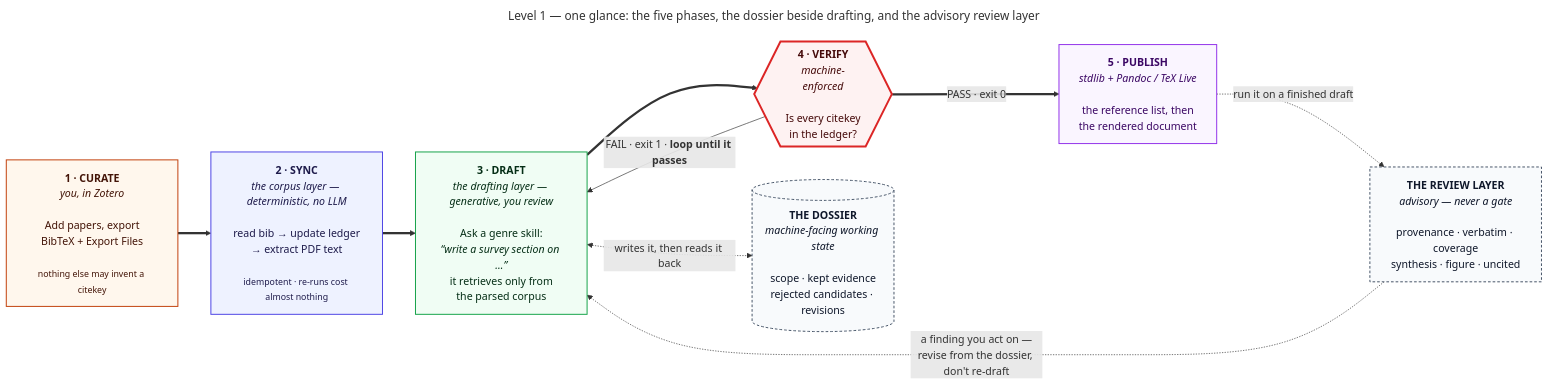
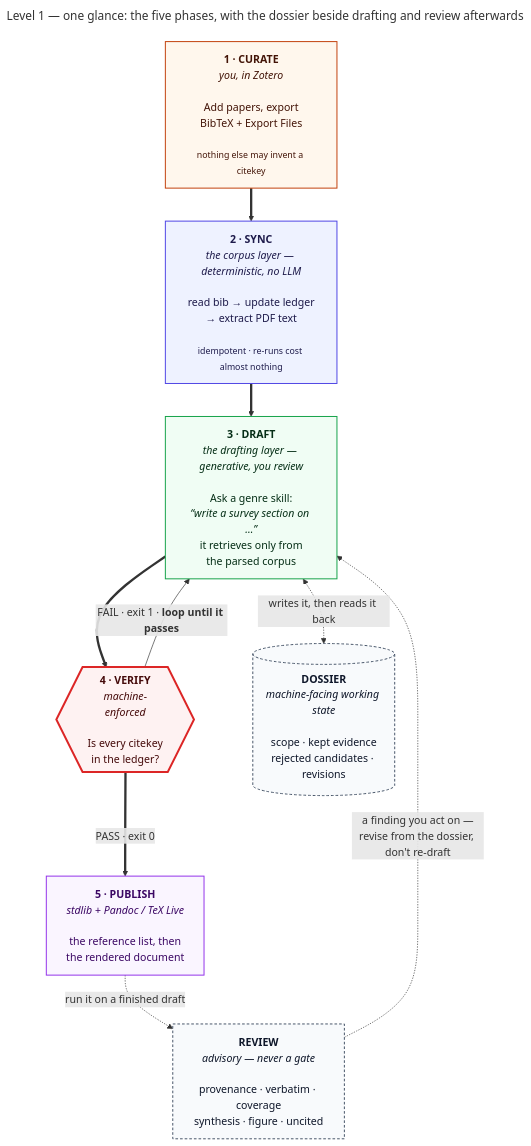
One commit to prasadtalasila/chitragupta changed the diagram in docs/diagrams/v1-overview.mmd. Above: the diagram before and after it, drawn with Mermaid. The commit also changed 4 other files, not shown here.

```diff
--- a/docs/diagrams/v1-overview.mmd
+++ b/docs/diagrams/v1-overview.mmd
@@ -1,41 +1,41 @@
 ---
-title: "Level 1 — one glance: the five phases, the dossier beside drafting, and the advisory review layer"
+title: "Level 1 — one glance: the five phases, with the dossier beside drafting and review afterwards"
 ---
-flowchart LR
+flowchart TB
 
   P0["<b>1 · CURATE</b><br/><i>you, in Zotero</i><br/><br/>Add papers, export<br/>BibTeX + Export Files<br/><br/><small>nothing else may invent a citekey</small>"]
 
   P1["<b>2 · SYNC</b><br/><i>the corpus layer — deterministic, no LLM</i><br/><br/>read bib → update ledger<br/>→ extract PDF text<br/><br/><small>idempotent · re-runs cost almost nothing</small>"]
 
   P2["<b>3 · DRAFT</b><br/><i>the drafting layer — generative, you review</i><br/><br/>Ask a genre skill:<br/><i>“write a survey section on …”</i><br/>it retrieves only from<br/>the parsed corpus"]
 
   P3{{"<b>4 · VERIFY</b><br/><i>machine-<br/>enforced</i><br/><br/>Is every citekey<br/>in the ledger?"}}
 
   P4["<b>5 · PUBLISH</b><br/><i>stdlib + Pandoc / TeX Live</i><br/><br/>the reference list, then<br/>the rendered document"]
 
-  DOSS[("<b>THE DOSSIER</b><br/><i>machine-facing working state</i><br/><br/>scope · kept evidence<br/>rejected candidates · revisions")]
+  DOSS[("<b>DOSSIER</b><br/><i>machine-facing working state</i><br/><br/>scope · kept evidence<br/>rejected candidates · revisions")]
 
-  REV["<b>THE REVIEW LAYER</b><br/><i>advisory — never a gate</i><br/><br/>provenance · verbatim · coverage<br/>synthesis · figure · uncited"]
+  REV["<b>REVIEW</b><br/><i>advisory — never a gate</i><br/><br/>provenance · verbatim · coverage<br/>synthesis · figure · uncited"]
 
   P0 ==> P1 ==> P2 ==> P3
   P3 == "PASS · exit 0" ==> P4
   P3 -- "FAIL · exit 1 · <b>loop until it passes</b>" --> P2
 
   P2 <-. "writes it, then reads it back" .-> DOSS
   P4 -. "run it on a finished draft" .-> REV
   REV -. "a finding you act on —<br/>revise from the dossier, don't re-draft" .-> P2
 
   classDef you fill:#fff7ed,stroke:#c2410c,stroke-width:1.5px,color:#431407
   classDef det fill:#eef2ff,stroke:#4f46e5,stroke-width:1.5px,color:#1e1b4b
   classDef gen fill:#f0fdf4,stroke:#16a34a,stroke-width:1.5px,color:#052e16
   classDef gate fill:#fef2f2,stroke:#dc2626,stroke-width:3px,color:#450a0a
   classDef out fill:#faf5ff,stroke:#9333ea,stroke-width:1.5px,color:#3b0764
   classDef side fill:#f8fafc,stroke:#475569,stroke-width:1.5px,stroke-dasharray:4 3,color:#0f172a
 
   class P0 you
   class P1 det
   class P2 gen
   class P3 gate
   class P4 out
   class DOSS side
   class REV side
```
